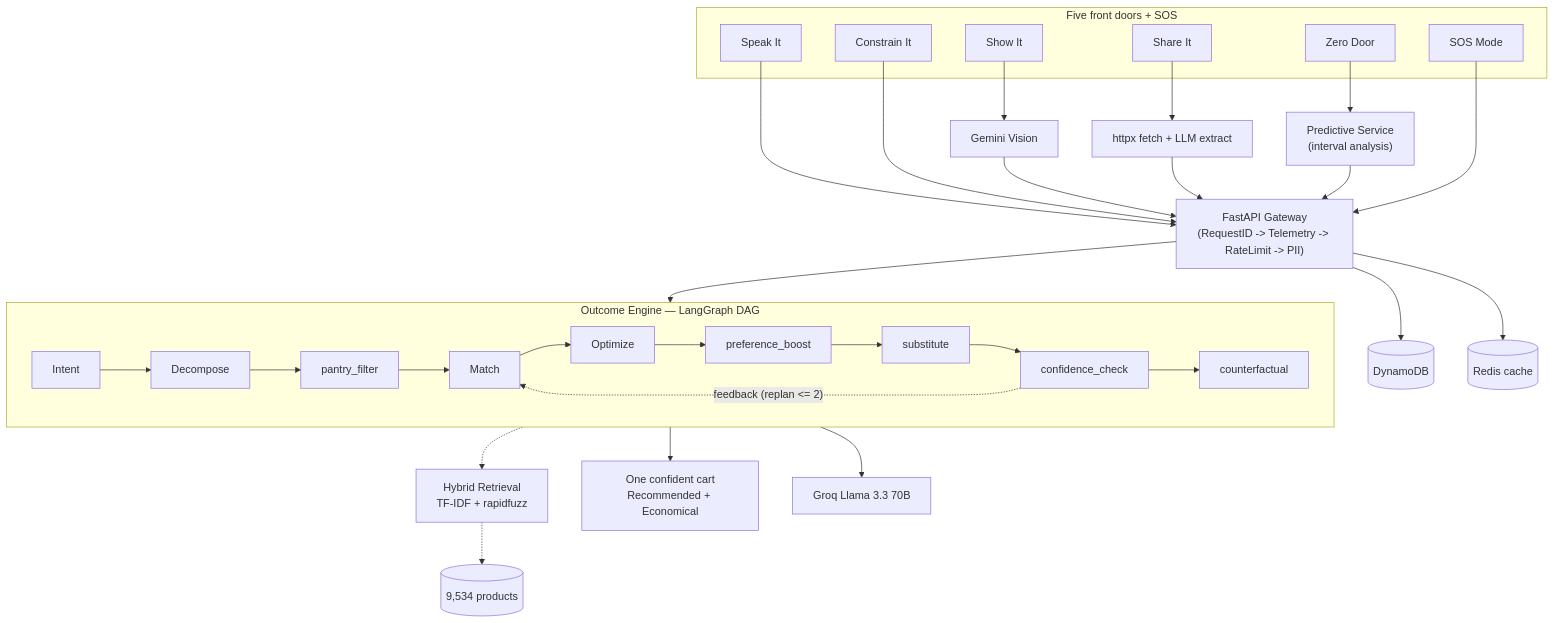
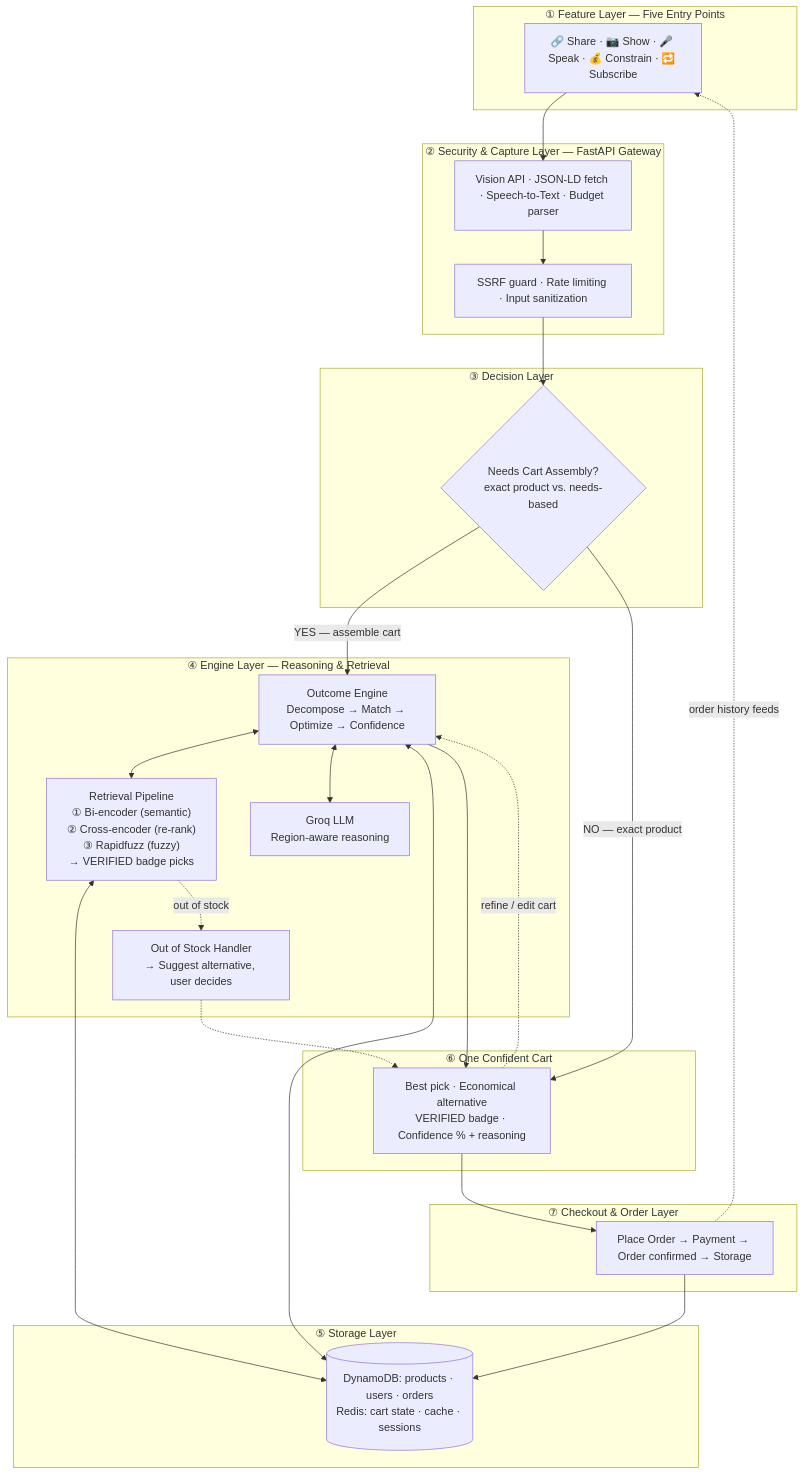
Before and after one commit to Strizzyy/NowCart: the diagram in README.md, drawn with Mermaid. The commit also changed other lines of this file, not shown here.

Commit message:
backend service fixed

````diff
--- a/README.md
+++ b/README.md
@@ -137,39 +54,49 @@
 ```mermaid
 flowchart TB
-    subgraph Doors["Five front doors + SOS"]
-        Speak["Speak It"]
-        Constrain["Constrain It"]
-        Show["Show It"]
-        Share["Share It"]
-        Zero["Zero Door"]
-        SOS["SOS Mode"]
+    subgraph L1["① Feature Layer — Five Entry Points"]
+        FrontDoors["🔗 Share · 📷 Show · 🎤 Speak · 💰 Constrain · 🔁 Subscribe"]
     end
 
-    Speak --> API
-    Constrain --> API
-    Show --> Vision["Gemini Vision"] --> API
-    Share --> Fetch["httpx fetch + LLM extract"] --> API
-    Zero --> Predict["Predictive Service<br/>(interval analysis)"] --> API
-    SOS --> API
-
-    API["FastAPI Gateway<br/>(RequestID -> Telemetry -> RateLimit -> PII)"]
-
-    API --> Engine
-
-    subgraph Engine["Outcome Engine — LangGraph DAG"]
-        direction LR
-        Intent --> Decompose --> Pantry["pantry_filter"] --> Match
-        Match --> Optimize --> Pref["preference_boost"] --> Sub["substitute"]
-        Sub --> Conf["confidence_check"] --> CF["counterfactual"]
-        Conf -. "feedback (replan <= 2)" .-> Match
+    subgraph L2["② Security & Capture Layer — FastAPI Gateway"]
+        Capture["Vision API · JSON-LD fetch · Speech-to-Text · Budget parser"]
+        Security["SSRF guard · Rate limiting · Input sanitization"]
     end
 
-    Match -.-> Retrieval["Hybrid Retrieval<br/>TF-IDF + rapidfuzz"]
-    Retrieval -.-> Catalog[("9,534 products")]
+    subgraph L3["③ Decision Layer"]
+        Decision{"Needs Cart Assembly?\nexact product vs. needs-based"}
+    end
 
-    Engine --> Cart["One confident cart<br/>Recommended + Economical"]
+    subgraph L4["④ Engine Layer — Reasoning & Retrieval"]
+        Engine["Outcome Engine\nDecompose → Match → Optimize → Confidence"]
+        Retrieval["Retrieval Pipeline\n① Bi-encoder (semantic)\n② Cross-encoder (re-rank)\n③ Rapidfuzz (fuzzy)\n→ VERIFIED badge picks"]
+        LLM["Groq LLM\nRegion-aware reasoning"]
+        OOS["Out of Stock Handler\n→ Suggest alternative, user decides"]
+    end
 
-    Engine --> Groq["Groq Llama 3.3 70B"]
-    API --> DynamoDB[("DynamoDB")]
-    API --> Redis[("Redis cache")]
+    subgraph L5["⑤ Storage Layer"]
+        Storage[("DynamoDB: products · users · orders\nRedis: cart state · cache · sessions")]
+    end
+
+    subgraph L6["⑥ One Confident Cart"]
+        Cart["Best pick · Economical alternative\nVERIFIED badge · Confidence % + reasoning"]
+    end
+
+    subgraph L7["⑦ Checkout & Order Layer"]
+        Checkout["Place Order → Payment → Order confirmed → Storage"]
+    end
+
+    FrontDoors --> Capture --> Security --> Decision
+    Decision -->|"YES — assemble cart"| Engine
+    Decision -->|"NO — exact product"| Cart
+    Engine <--> Retrieval
+    Engine <--> LLM
+    Engine <--> Storage
+    Retrieval <--> Storage
+    Retrieval -.->|"out of stock"| OOS
+    OOS -.-> Cart
+    Engine --> Cart
+    Cart -.->|"refine / edit cart"| Engine
+    Cart --> Checkout
+    Checkout --> Storage
+    Checkout -.->|"order history feeds"| FrontDoors
 ```
````
